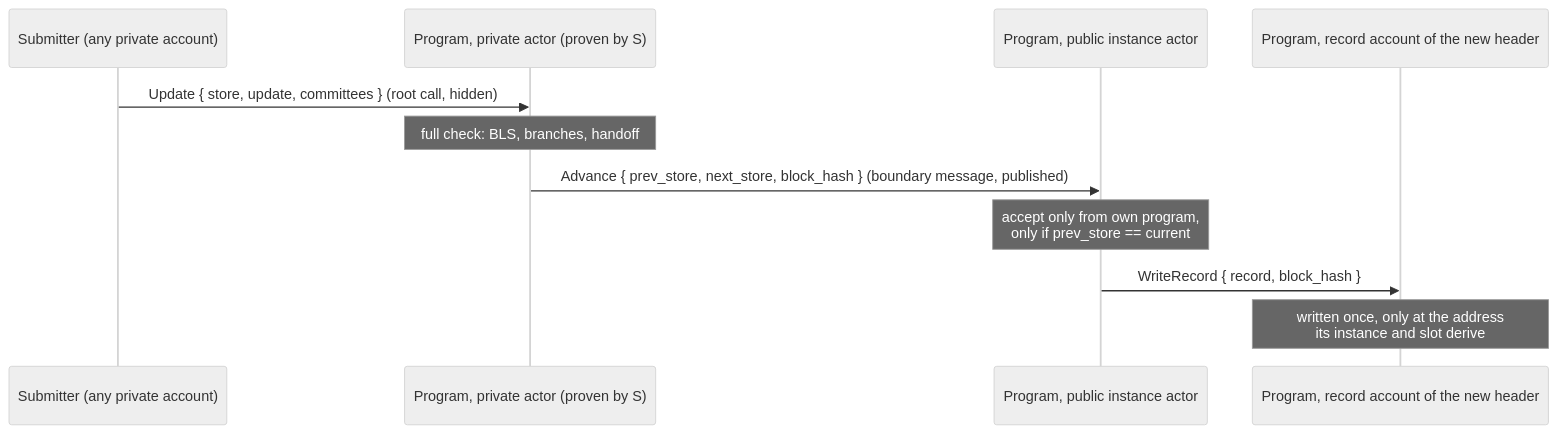
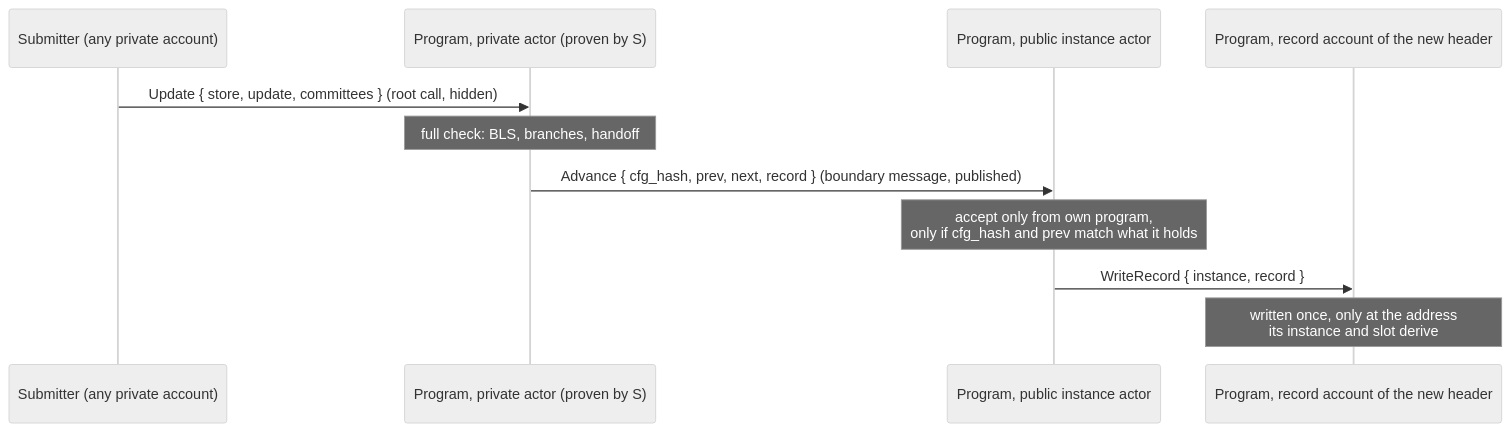
One commit to vineetpant/lez-rfp021-experiment changed the diagram in rfp-021/proposal.md. Above: the diagram before and after it, drawn with Mermaid (neutral theme). The commit also changed other lines of this file and 3 other files, not shown here.

````diff
--- a/rfp-021/proposal.md
+++ b/rfp-021/proposal.md
@@ -150,13 +158,13 @@
 ```mermaid
 sequenceDiagram
     participant S as Submitter (any private account)
     participant P as Program, private actor (proven by S)
     participant I as Program, public instance actor
     S->>P: Update { store, update, committees }   (root call, hidden)
     Note over P: full check: BLS, branches, handoff
     participant R as Program, record account of the new header
-    P->>I: Advance { prev_store, next_store, block_hash }   (boundary message, published)
-    Note over I: accept only from own program,<br/>only if prev_store == current
-    I->>R: WriteRecord { record, block_hash }
+    P->>I: Advance { cfg_hash, prev, next, record }   (boundary message, published)
+    Note over I: accept only from own program,<br/>only if cfg_hash and prev match what it holds
+    I->>R: WriteRecord { instance, record }
     Note over R: written once, only at the address<br/>its instance and slot derive
 ```
````
